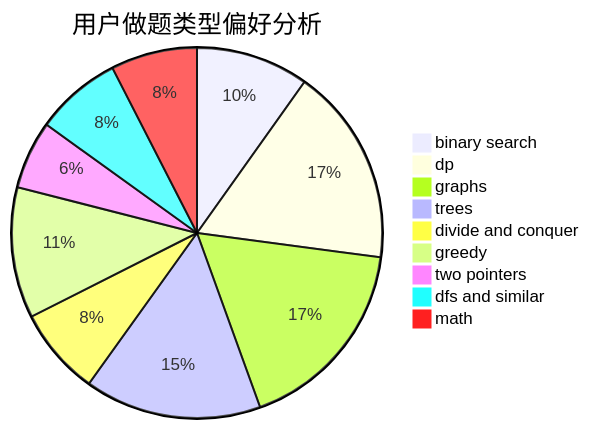
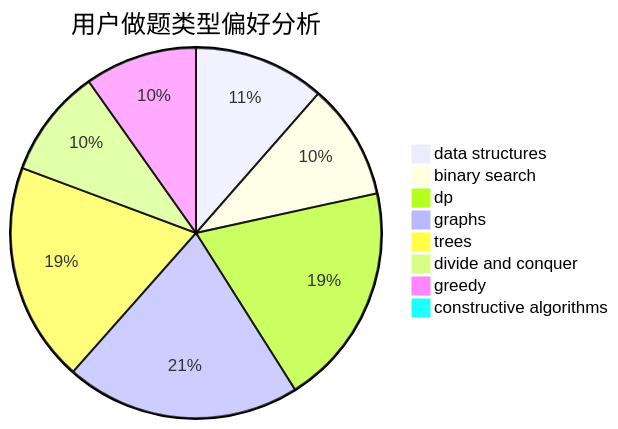
Before and after one commit to sherpahu/cfrs.github.io: the second of 3 diagrams in docs/user/u388.md, drawn with Mermaid. The commit also changed other lines of this file and 2775 other files, not shown here.

````diff
--- a/docs/user/u388.md
+++ b/docs/user/u388.md
@@ -23,12 +23,11 @@
 ```mermaid
 pie title 用户做题类型偏好分析
-    "binary search" :  81
-    "dp" :  142
-    "graphs" :  143
+    "data structures" :  76
+    "binary search" :  67
+    "dp" :  129
+    "graphs" :  136
     "trees" :  127
     "divide and conquer" :  63
-    "greedy" :  94
-    "two pointers" :  49
-    "dfs and similar" :  62
-    "math" :  62
+    "greedy" :  65
+    "constructive algorithms" :  0
 ```
````
